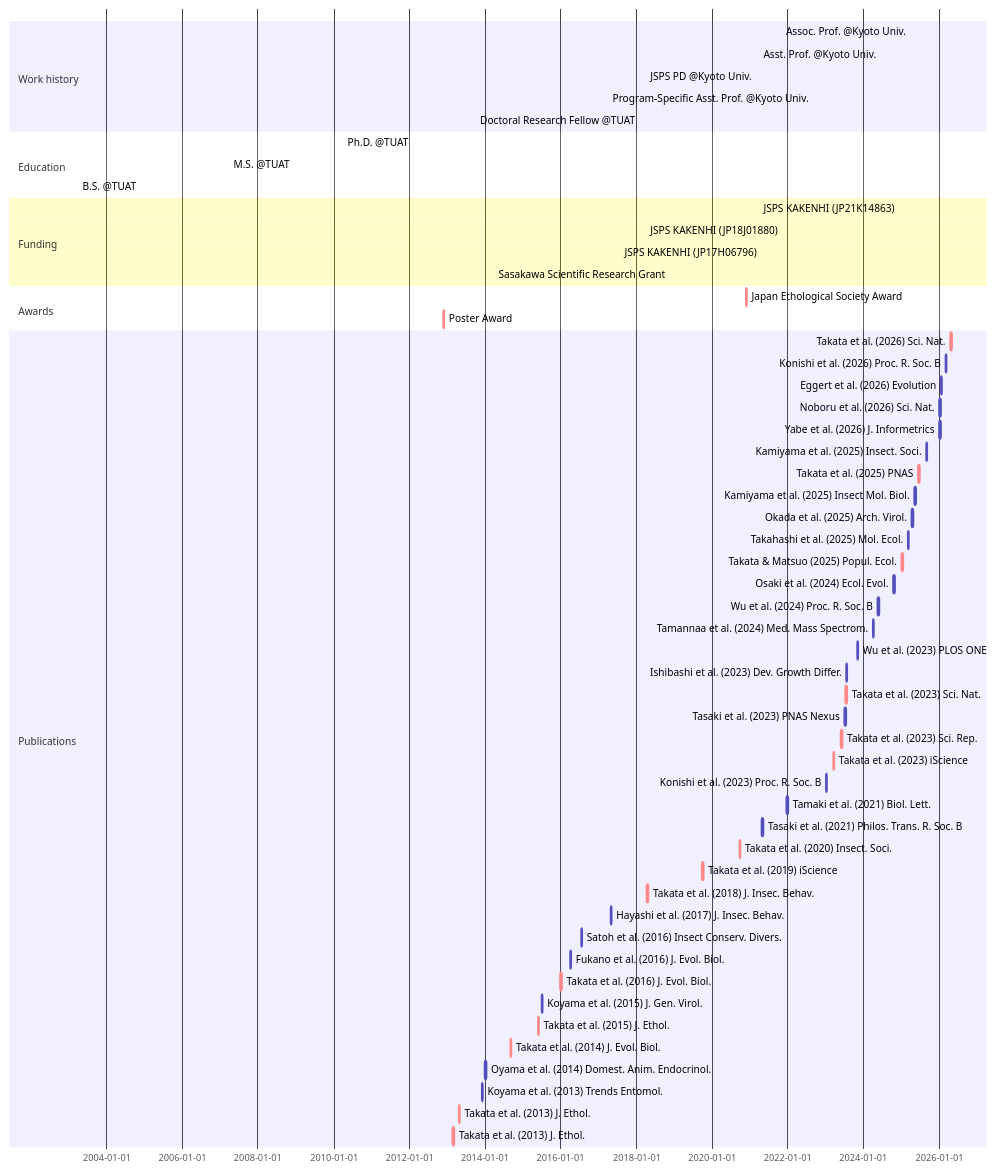
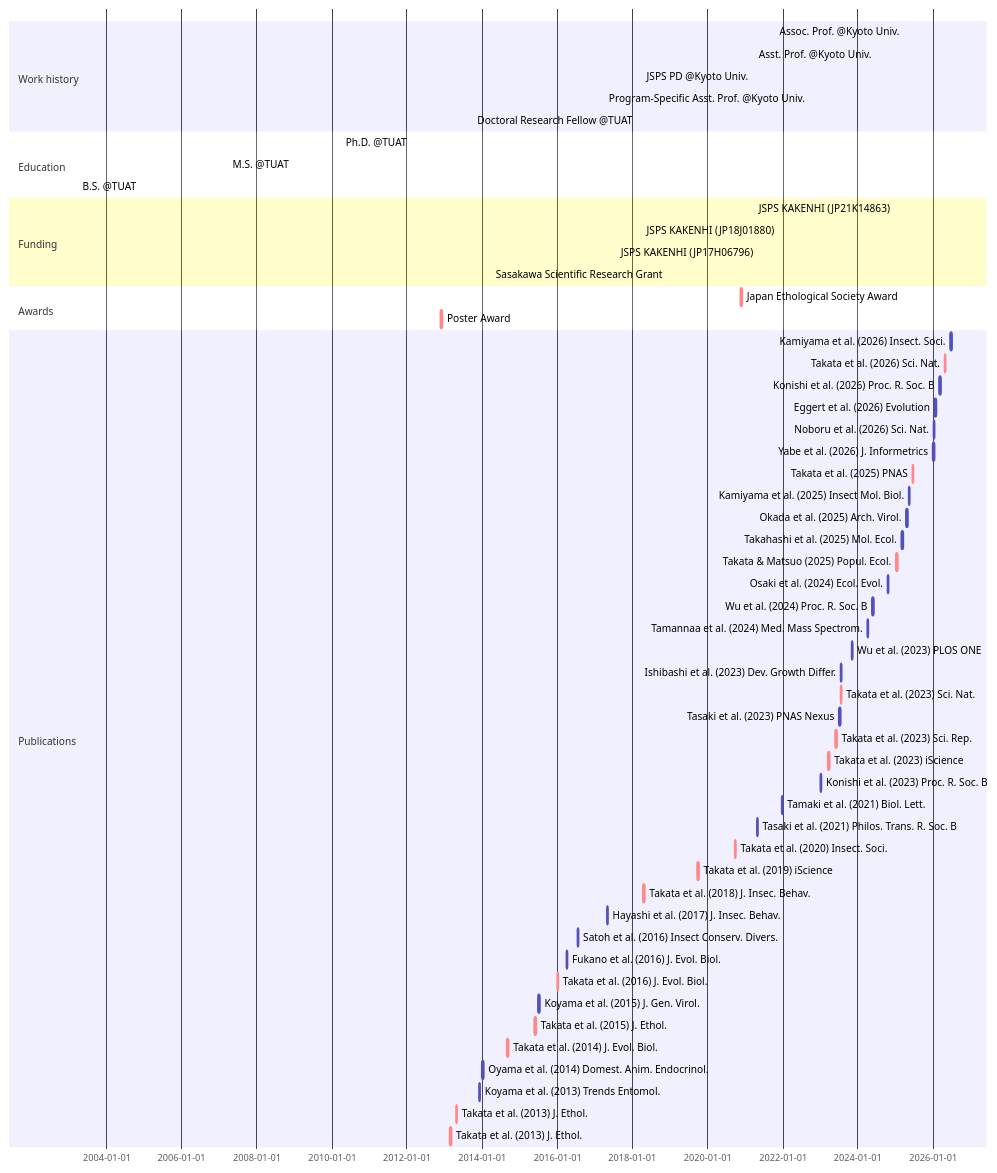
One commit to MamoruTakata/MamoruTakata.github.io changed the diagram in _includes/mermaid-cv.md. Above: the diagram before and after it, drawn with Mermaid.

````diff
--- a/_includes/mermaid-cv.md
+++ b/_includes/mermaid-cv.md
@@ -1,63 +1,63 @@
 ```mermaid
 gantt
 section Work history
   Assoc. Prof. @Kyoto Univ.                     : active, Assoc. Prof., 2025-04-01, 2030-03-31
   Asst. Prof. @Kyoto Univ.                      : active, Asst. Prof., 2021-04-01, 2025-03-31
   JSPS PD @Kyoto Univ.                          : active, PD, 2018-04-01, 2021-03-31
   Program-Specific Asst. Prof. @Kyoto Univ.     : active, Program-Specific Asst. Prof., 2017-04-01, 2018-03-31
   Doctoral Research Fellow @TUAT                : active, Program-Specific Asst. Prof., 2013-10-01, 2017-03-31
 
 section Education
   Ph.D. @TUAT    : Ph.D., 2010-04-01, 2013-09-18
   M.S. @TUAT     : M.S., 2007-04-01, 2010-03-31
   B.S. @TUAT     : B.S., 2003-04-01, 2007-03-31
 
 section Funding
   JSPS KAKENHI (JP21K14863)                     : active, grant_young, 2021-04-01, 2026-03-31
   JSPS KAKENHI (JP18J01880)                     : active, grant_PD, 2018-04-01, 2021-03-31
   JSPS KAKENHI (JP17H06796)                     : active, grant_start, 2017-08-01, 2018-03-31
   Sasakawa Scientific Research Grant            : active, grant_Sasagawa, 2014-04-01, 2015-03-31
 
 section Awards
   Japan Ethological Society Award               : crit, aw_2, 2020-11-21, 2w
   Poster Award                                  : crit, aw_1, 2012-11-24, 2w
 
 section Publications
+  Kamiyama et al. (2026) Insect. Soci.          :       Kamiyama et al. 2026, 2026-06-23, 2w
   Takata et al. (2026) Sci. Nat.                : crit, Takata et al. 2026, 2026-04-24, 2w
   Konishi et al. (2026) Proc. R. Soc. B         :       Konishi et al. 2026, 2026-03-04, 2w
   Eggert et al. (2026) Evolution                :       Eggert et al. 2026, 2026-1-20, 2w
   Noboru et al. (2026) Sci. Nat.                :       Noboru et al. 2026, 2026-1-8, 2w
   Yabe et al. (2026) J. Informetrics            :       Yabe et al. 2026, 2026-1-3, 2w
-  Kamiyama et al. (2025) Insect. Soci.          :       Kamiyama et al. 2025, 2025-08-31, 2w
   Takata et al. (2025) PNAS                     : crit, Takata et al. 2025, 2025-06-13, 2w
   Kamiyama et al. (2025) Insect Mol. Biol.      :       Kamiyama et al. 2025, 2025-05-11, 2w
   Okada et al. (2025) Arch. Virol.              :       Okada et al. 2025, 2025-04-16, 2w
   Takahashi et al. (2025) Mol. Ecol.            :       Takahashi et al. 2025, 2025-03-04, 2w
   Takata & Matsuo (2025) Popul. Ecol.           : crit, Takata & Matsuo 2025, 2025-01-07, 2w
   Osaki et al. (2024) Ecol. Evol.               :       Osaki et al. 2024, 2024-10-17, 2w
   Wu et al. (2024) Proc. R. Soc. B              :       Wu et al. 2024, 2024-05-22, 2w
   Tamannaa et al. (2024) Med. Mass Spectrom.    :       Tamannaa et al. 2024, 2024-04-01, 2w
   Wu et al. (2023) PLOS ONE                     :       Wu et al. 2023, 2023-11-02, 2w
   Ishibashi et al. (2023) Dev. Growth Differ.   :       Ishibashi et al. 2023, 2023-07-18, 2w
   Takata et al. (2023) Sci. Nat.                : crit, Takata et al. 2023c, 2023-07-17, 2w
   Tasaki et al. (2023) PNAS Nexus               :       Tasaki et al. 2023, 2023-07-04, 2w
   Takata et al. (2023) Sci. Rep.                : crit, Takata et al. 2023b, 2023-05-31, 2w
   Takata et al. (2023) iScience                 : crit, Takata et al. 2023a, 2023-03-17, 2w
   Konishi et al. (2023) Proc. R. Soc. B         :       Konishi et al. 2023, 2023-01-04, 2w
   Tamaki et al. (2021) Biol. Lett.              :       Tamaki et al. 2021, 2021-12-22, 2w
   Tasaki et al. (2021) Philos. Trans. R. Soc. B :       Tasaki et al. 2021, 2021-04-26, 2w
   Takata et al. (2020) Insect. Soci.            : crit, Takata et al. 2020, 2020-09-22, 2w
   Takata et al. (2019) iScience                 : crit, Takata et al. 2019, 2019-09-27, 2w
   Takata et al. (2018) J. Insec. Behav.         : crit, Takata et al. 2018, 2018-04-14, 2w
   Hayashi et al. (2017) J. Insec. Behav.        :       Hayashi et al. 2017, 2017-04-29, 2w
   Satoh et al. (2016) Insect Conserv. Divers.   :       Satoh et al. 2016, 2016-07-16, 2w
   Fukano et al. (2016) J. Evol. Biol.           :       Fukano et al. 2016, 2016-04-01, 2w
   Takata et al. (2016) J. Evol. Biol.           : crit, Takata et al. 2016, 2016-01-01, 2w
   Koyama et al. (2015) J. Gen. Virol.           :       Koyama et al. 2015, 2015-07-01, 2w
   Takata et al. (2015) J. Ethol.                : crit, Takata et al. 2015, 2015-05-28, 2w
   Takata et al. (2014) J. Evol. Biol.           : crit, Takata et al. 2014, 2014-09-01, 2w
   Oyama et al. (2014) Domest. Anim. Endocrinol. :       Oyama et al. 2014, 2014-01-01, 2w
   Koyama et al. (2013) Trends Entomol.          :       Koyama et al. 2013, 2013-12-01, 2w
   Takata et al. (2013) J. Ethol.                : crit, Takata et al. 2015b, 2013-04-21, 2w
   Takata et al. (2013) J. Ethol.                : crit, Takata et al. 2015a, 2013-02-23, 2w
 ```
````
